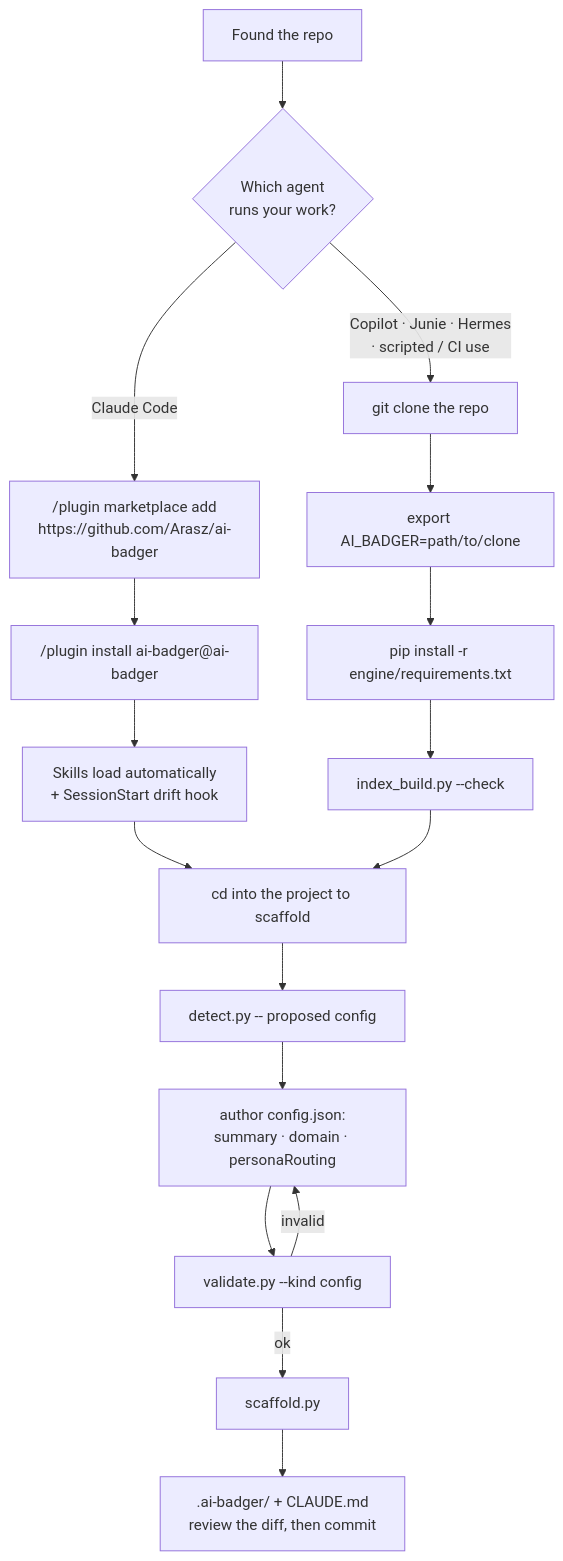
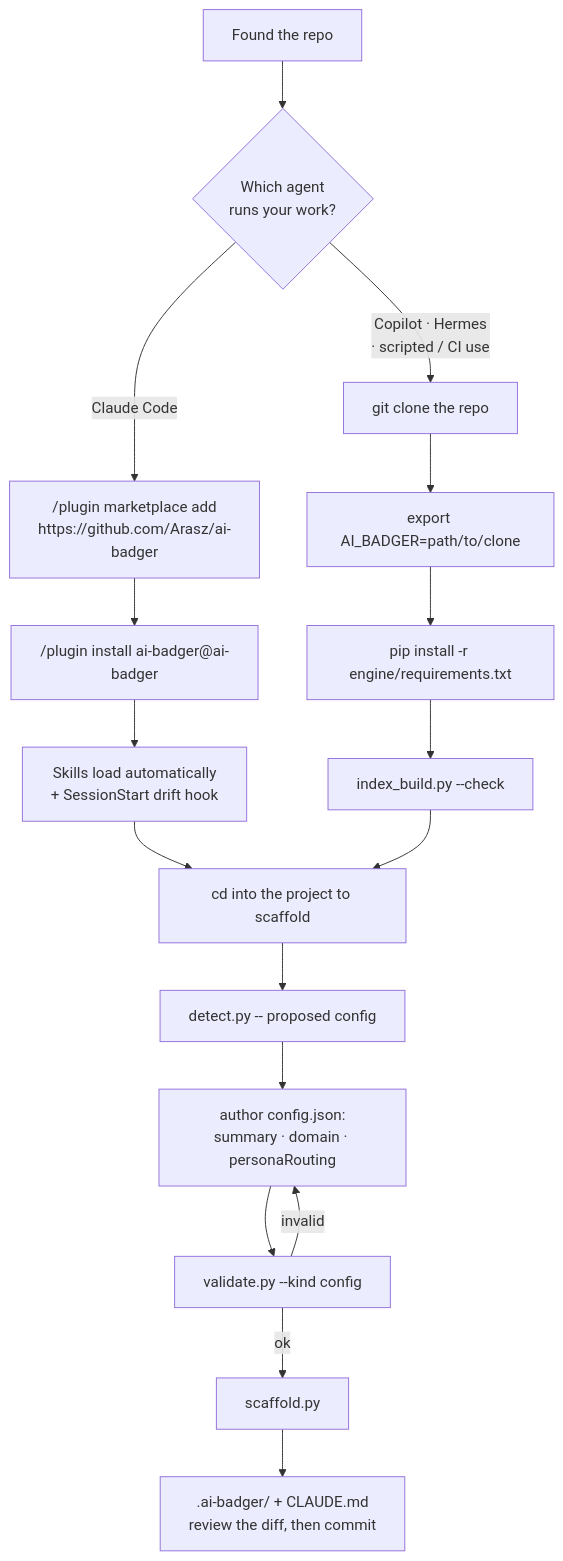
The first of 3 diagrams in docs/getting-started.md (Arasz/ai-badger), drawn with Mermaid before and after one commit. The commit also changed other lines of this file and 58 other files, not shown here.

First line of the commit message:
feat(agents): remove junie support — three-agent scope (claude, copilot, hermes) (#317)

````diff
--- a/docs/getting-started.md
+++ b/docs/getting-started.md
@@ -44,19 +44,19 @@
 ```mermaid
 flowchart TD
   A["Found the repo"] --> B{"Which agent<br/>runs your work?"}
   B -->|"Claude Code"| C["/plugin marketplace add<br/>https://github.com/Arasz/ai-badger"]
-  B -->|"Copilot · Junie · Hermes<br/>· scripted / CI use"| D["git clone the repo"]
+  B -->|"Copilot · Hermes<br/>· scripted / CI use"| D["git clone the repo"]
   C --> E["/plugin install ai-badger@ai-badger"]
   E --> F["Skills load automatically<br/>+ SessionStart drift hook"]
   D --> G["export AI_BADGER=path/to/clone"]
   G --> H["pip install -r engine/requirements.txt"]
   H --> I["index_build.py --check"]
   F --> J["cd into the project to scaffold"]
   I --> J
   J --> K["detect.py -- proposed config"]
   K --> L["author config.json:<br/>summary · domain · personaRouting"]
   L --> M["validate.py --kind config"]
   M -->|invalid| L
   M -->|ok| N["scaffold.py"]
   N --> O[".ai-badger/ + CLAUDE.md<br/>review the diff, then commit"]
 ```
````
